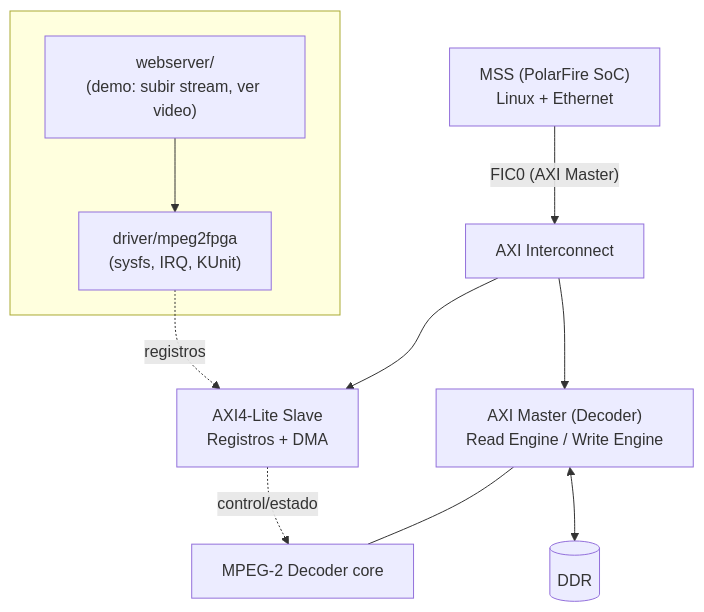
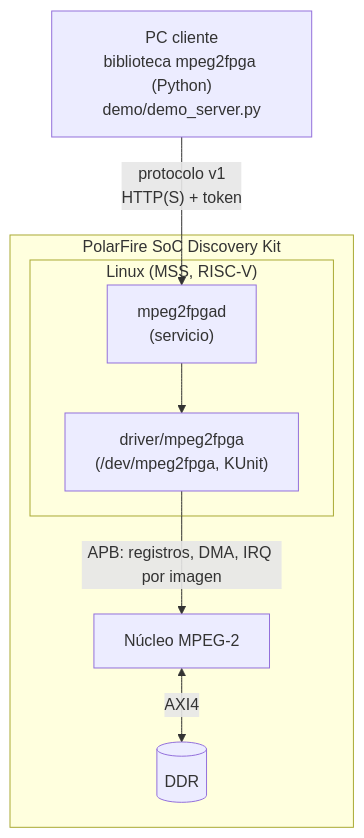
One commit to esbon125/tandem changed the first of 2 diagrams in README.md. Above: the diagram before and after it, drawn with Mermaid. The commit also changed other lines of this file, not shown here.

````diff
--- a/README.md
+++ b/README.md
@@ -55,16 +32,11 @@
 ```mermaid
 flowchart TD
-    MSS["MSS (PolarFire SoC)\nLinux + Ethernet"] -- "FIC0 (AXI Master)" --> ICN[AXI Interconnect]
-    ICN --> CTRL["AXI4-Lite Slave\nRegistros + DMA"]
-    ICN --> DECM["AXI Master (Decoder)\nRead Engine / Write Engine"]
-    CTRL -. "control/estado" .-> DEC[MPEG-2 Decoder core]
-    DECM --- DEC
-    DECM <--> DDR[(DDR)]
-
-    subgraph Linux [" "]
-      KDRV["driver/mpeg2fpga\n(sysfs, IRQ, KUnit)"]
-      WEB["webserver/\n(demo: subir stream, ver video)"]
-      WEB --> KDRV
+    CLI["PC cliente\nbiblioteca mpeg2fpga (Python)\ndemo/demo_server.py"] -- "protocolo v1\nHTTP(S) + token" --> D
+    subgraph Placa ["PolarFire SoC Discovery Kit"]
+      subgraph Linux ["Linux (MSS, RISC-V)"]
+        D["mpeg2fpgad\n(servicio)"] --> KDRV["driver/mpeg2fpga\n(/dev/mpeg2fpga, KUnit)"]
+      end
+      KDRV -- "APB: registros, DMA, IRQ por imagen" --> DEC[Núcleo MPEG-2]
+      DEC <-- "AXI4" --> DDR[(DDR)]
     end
-    KDRV -. "registros" .-> CTRL
 ```
````
